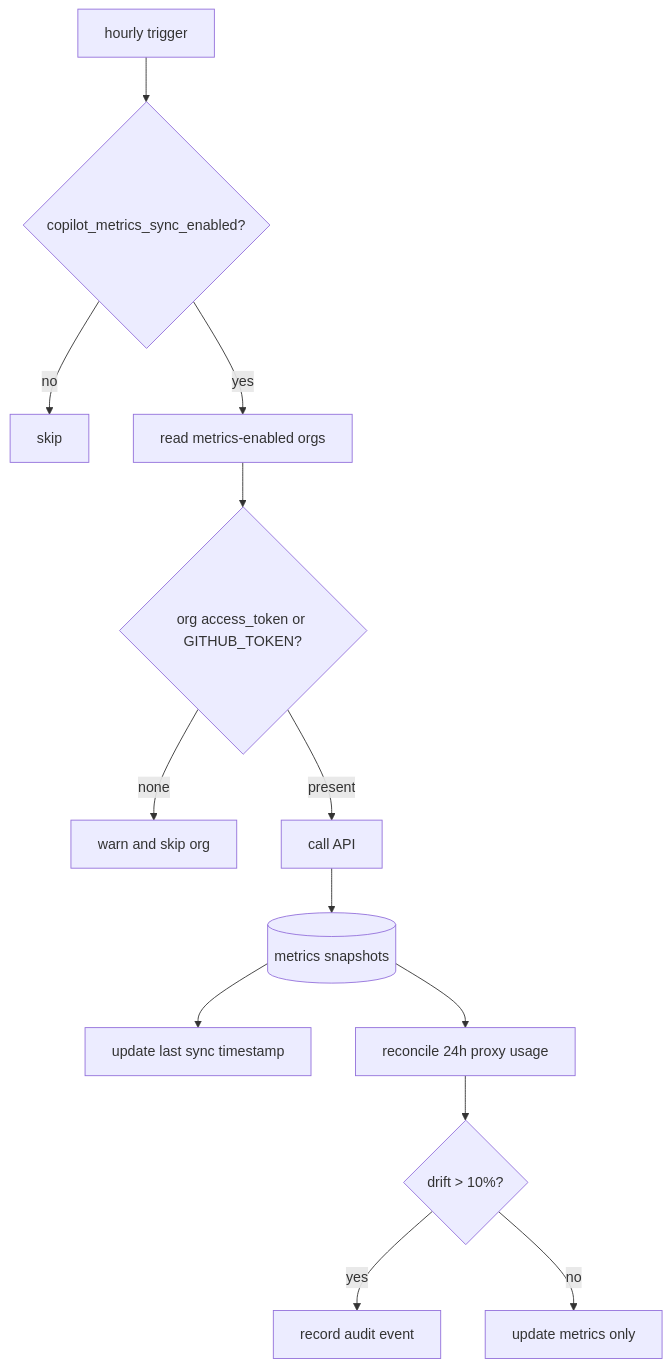
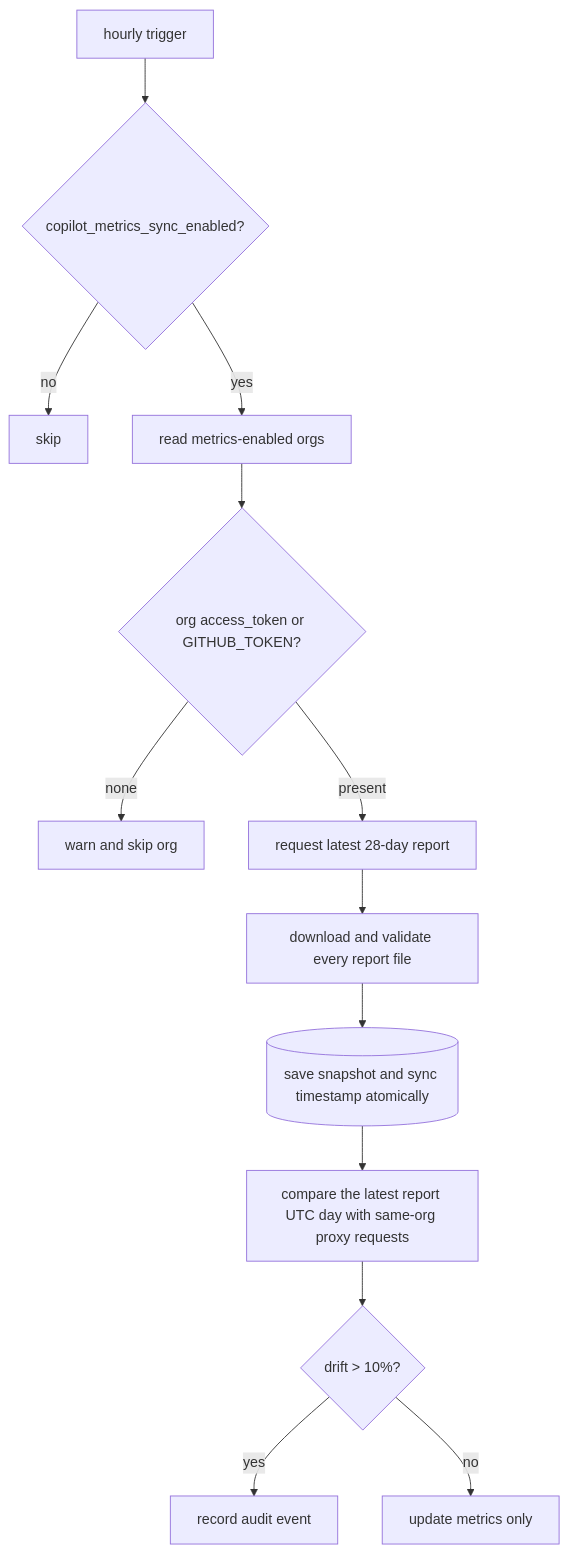
The ninth of 10 diagrams in docs/operations.en.md (pczhao1210/ghcp-pool-proxy), drawn with Mermaid before and after one commit. The commit also changed other lines of this file and 5 other files, not shown here.

````diff
--- a/docs/operations.en.md
+++ b/docs/operations.en.md
@@ -397,15 +403,15 @@
 ```mermaid
 flowchart TD
   A["hourly trigger"] --> B{"copilot_metrics_sync_enabled?"}
   B -->|"no"| C["skip"]
   B -->|"yes"| D["read metrics-enabled orgs"]
   D --> E{"org access_token or GITHUB_TOKEN?"}
   E -->|"none"| F["warn and skip org"]
-  E -->|"present"| G["call API"]
-  G --> H[(metrics snapshots)]
-  H --> I["update last sync timestamp"]
-  H --> J["reconcile 24h proxy usage"]
+  E -->|"present"| G["request latest 28-day report"]
+  G --> H["download and validate every report file"]
+  H --> I[(save snapshot and sync timestamp atomically)]
+  I --> J["compare the latest report UTC day with same-org proxy requests"]
   J --> K{"drift > 10%?"}
   K -->|"yes"| L["record audit event"]
   K -->|"no"| M["update metrics only"]
 ```
````
